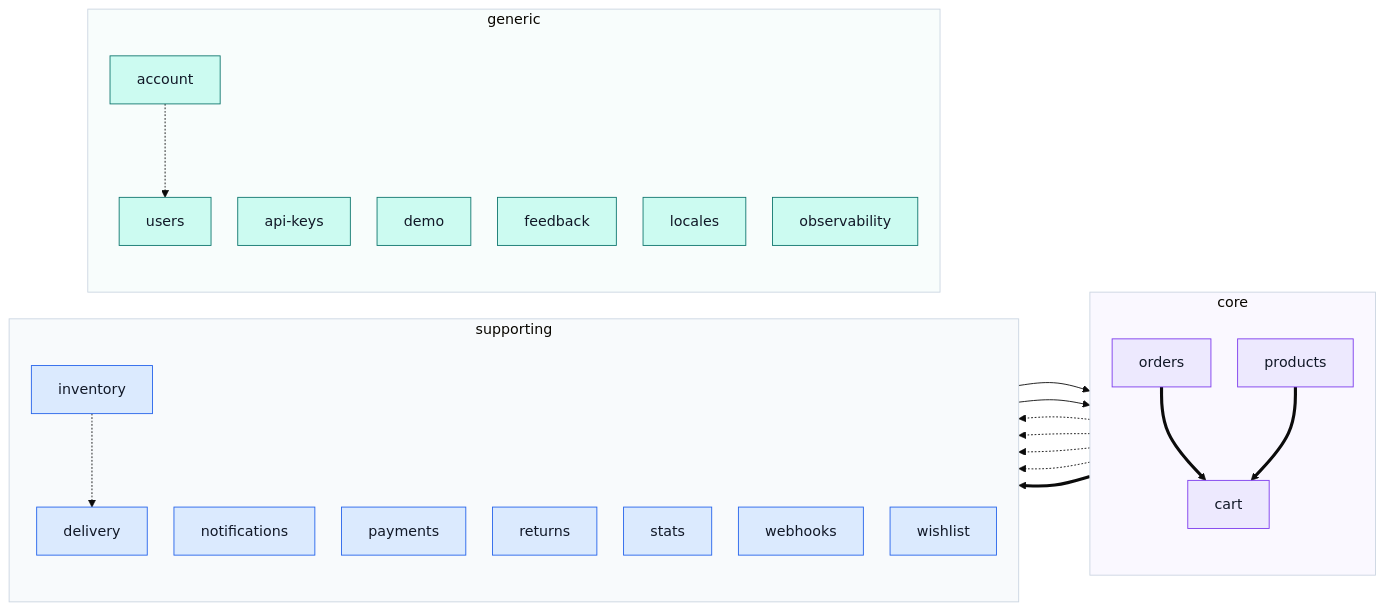
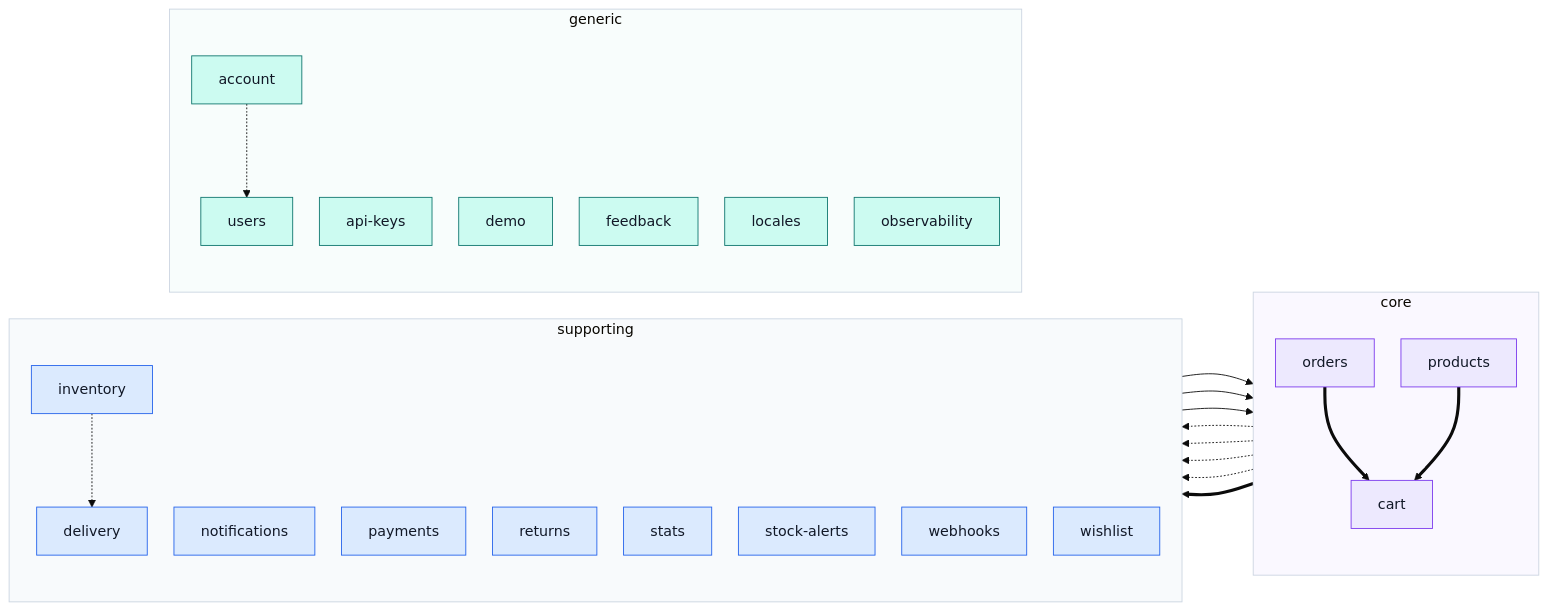
Before and after one commit to Guebbit/boilerplate-vue-frontend: the diagram in docs/modules/index.md, drawn with Mermaid (base theme). The commit also changed other lines of this file and 55 other files, not shown here.

````diff
--- a/docs/modules/index.md
+++ b/docs/modules/index.md
@@ -34,52 +34,54 @@
 ```mermaid
 %%{init: {'flowchart': {'nodeSpacing': 30, 'rankSpacing': 80}}}%%
 flowchart LR
     subgraph CORE["core"]
         direction TB
         cart["cart"]
         orders["orders"]
         products["products"]
     end
     subgraph SUPPORTING["supporting"]
         direction TB
         delivery["delivery"]
         inventory["inventory"]
         notifications["notifications"]
         payments["payments"]
         returns["returns"]
         stats["stats"]
+        stockAlerts["stock-alerts"]
         webhooks["webhooks"]
         wishlist["wishlist"]
     end
     subgraph GENERIC["generic"]
         direction TB
         account["account"]
         apiKeys["api-keys"]
         demo["demo"]
         feedback["feedback"]
         locales["locales"]
         observability["observability"]
         users["users"]
     end
     account -.-> users
     cart -.-> delivery
     inventory --> products
     inventory -.-> delivery
     orders ==> cart
     orders -.-> delivery
     orders -.-> payments
     orders -.-> returns
     products ==> cart
     products ==> wishlist
+    stockAlerts --> products
     wishlist --> cart
 
     classDef core fill:#ede9fe,stroke:#7c3aed,color:#111827;
     classDef supporting fill:#dbeafe,stroke:#2563eb,color:#111827;
     classDef generic fill:#ccfbf1,stroke:#0f766e,color:#111827;
     class cart,orders,products core;
-    class delivery,inventory,notifications,payments,returns,stats,webhooks,wishlist supporting;
+    class delivery,inventory,notifications,payments,returns,stats,stockAlerts,webhooks,wishlist supporting;
     class account,apiKeys,demo,feedback,locales,observability,users generic;
     style CORE fill:#faf8ff,stroke:#cbd5e1
     style SUPPORTING fill:#f8fafc,stroke:#cbd5e1
     style GENERIC fill:#f8fdfc,stroke:#cbd5e1
 ```
````
